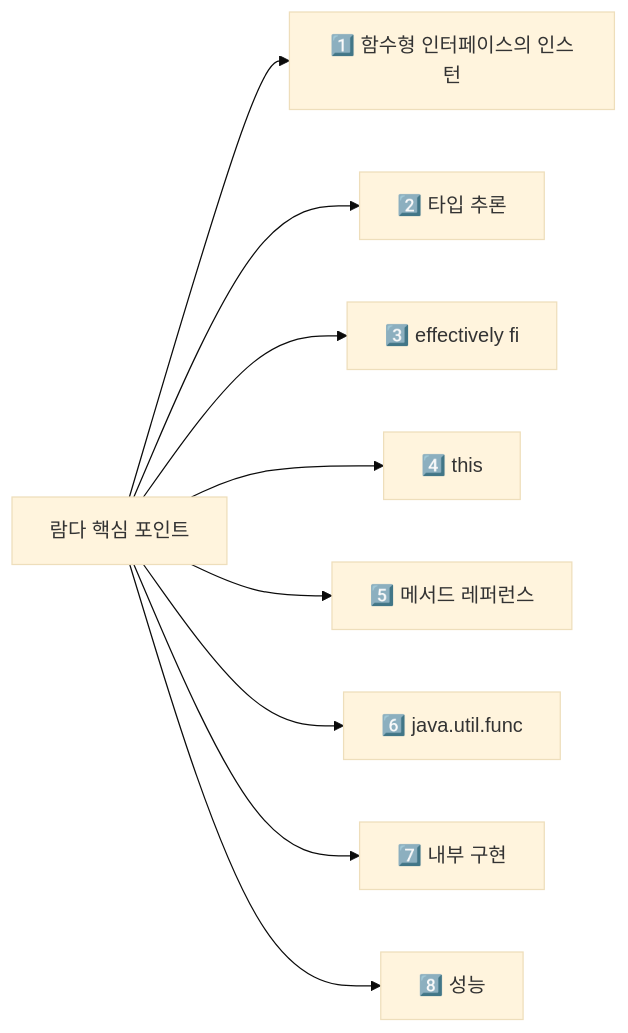
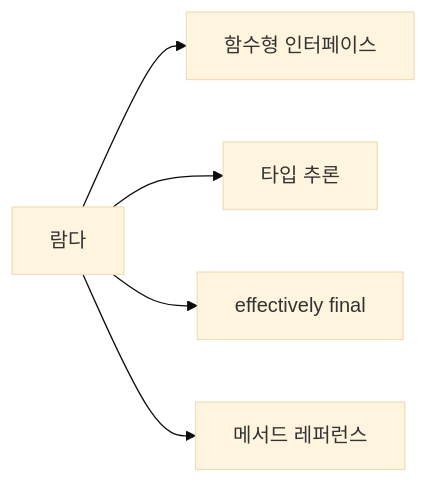
Before and after one commit to yjkim2015/yjkim2015.github.io: the fourth of 4 diagrams in _posts/java/2026-05-01-java-lambda.md, drawn with Mermaid (base theme). The commit also changed other lines of this file and 163 other files, not shown here.

First line of the commit message:
Mermaid 300개 블록 내용 축소: 5노드 5엣지 이하, 의미 있는 약어

````diff
--- a/_posts/java/2026-05-01-java-lambda.md
+++ b/_posts/java/2026-05-01-java-lambda.md
@@ -802,11 +793,7 @@
 ```mermaid
 graph LR
-    A["람다 핵심 포인트"] --> B["1️⃣ 함수형 인터페이스의 인스턴"]
-    A --> C["2️⃣ 타입 추론"]
-    A --> D["3️⃣ effectively fi"]
-    A --> E["4️⃣ this"]
-    A --> F["5️⃣ 메서드 레퍼런스"]
-    A --> G["6️⃣ java.util.func"]
-    A --> H["7️⃣ 내부 구현"]
-    A --> I["8️⃣ 성능"]
+    A["람다"] --> B["함수형 인터페이스"]
+    A --> C["타입 추론"]
+    A --> D["effectively final"]
+    A --> E["메서드 레퍼런스"]
 ```
````
